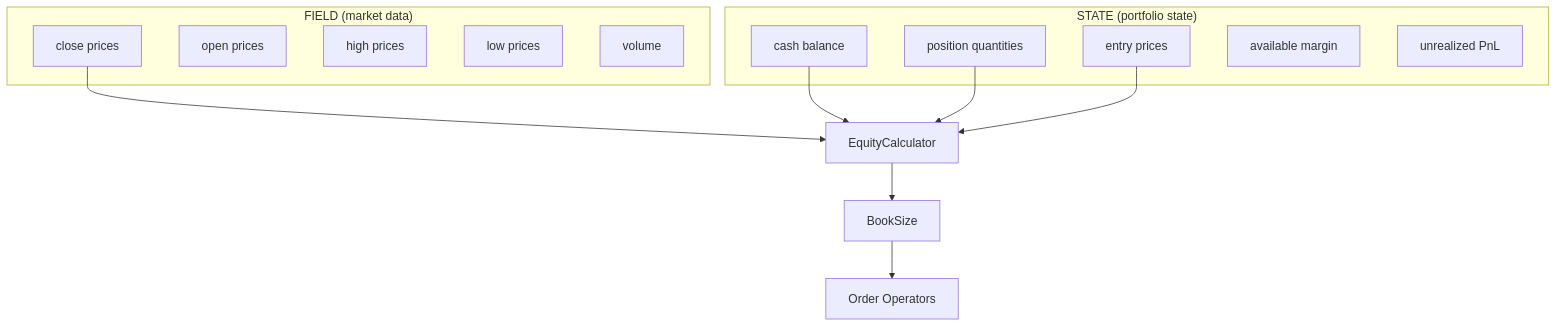
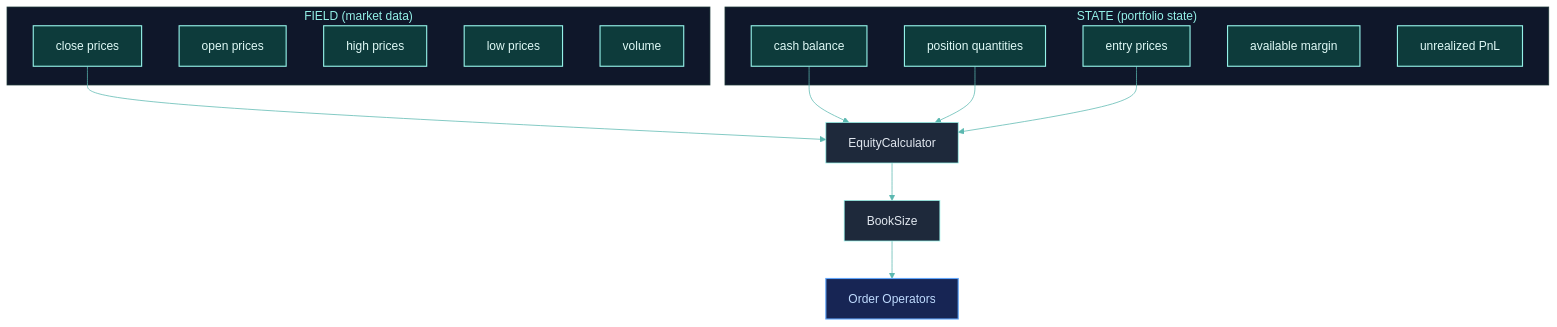
One commit to Clypt/docs changed the diagram in operators/balance.mdx. Above: the diagram before and after it, drawn with Mermaid. The commit also changed other lines of this file and 73 other files, not shown here.

````diff
--- a/operators/balance.mdx
+++ b/operators/balance.mdx
@@ -185,23 +185,29 @@
 ```mermaid
+%%{init: {'theme': 'base', 'themeVariables': { 'primaryColor': '#1e293b', 'primaryTextColor': '#e2e8f0', 'primaryBorderColor': '#94F1E8', 'lineColor': '#5bb8b0', 'clusterBkg': '#0f172a', 'clusterBorder': '#1e3a3a', 'titleColor': '#94F1E8', 'edgeLabelBackground': 'transparent' }}}%%
 flowchart TB
+    classDef source fill:#0d3b3b,stroke:#94F1E8,stroke-width:1.5px,color:#e0faf7
+    classDef action fill:#172554,stroke:#60a5fa,stroke-width:1.5px,color:#bfdbfe
     subgraph FIELD["FIELD (market data)"]
         F1["close prices"]
         F2["open prices"]
         F3["high prices"]
         F4["low prices"]
         F5["volume"]
     end
     subgraph STATE["STATE (portfolio state)"]
         S1["cash balance"]
         S2["position quantities"]
         S3["entry prices"]
         S4["available margin"]
         S5["unrealized PnL"]
     end
     F1 --> EQ["EquityCalculator"]
     S1 --> EQ
     S2 --> EQ
     S3 --> EQ
     EQ --> BS["BookSize"]
     BS --> OO["Order Operators"]
+    class F1,F2,F3,F4,F5 source
+    class S1,S2,S3,S4,S5 source
+    class OO action
 ```
````
